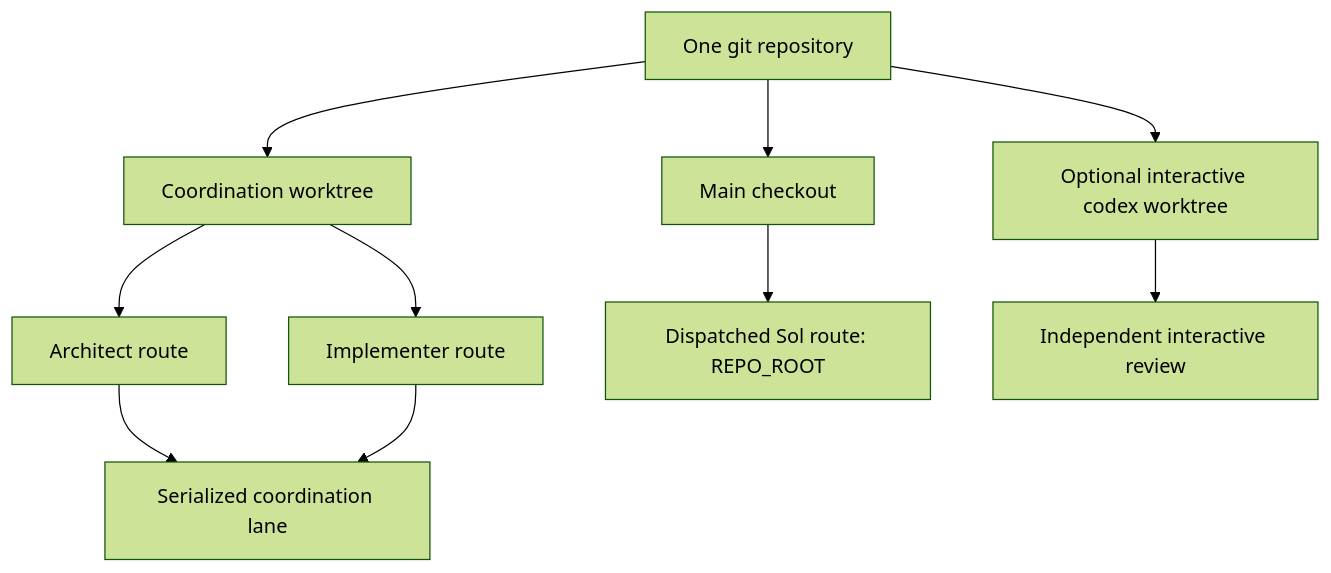
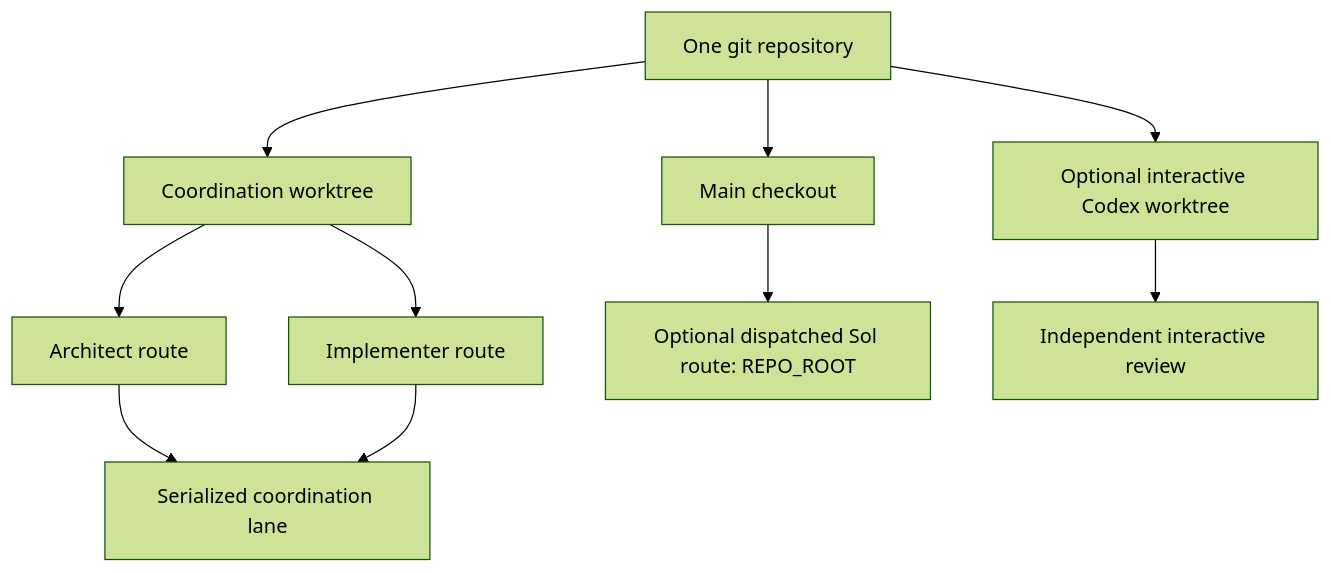
The eighth of 8 diagrams in ai/README.md (SBU-COSMOLIKE/emulators_code_v2), drawn with Mermaid (forest theme) before and after one commit. The commit also changed other lines of this file and 11 other files, not shown here.

````diff
--- a/ai/README.md
+++ b/ai/README.md
@@ -643,12 +699,12 @@
 ```mermaid
 flowchart TB
   G["One git repository"] --> M["Main checkout"]
   G --> C["Coordination worktree"]
-  G --> R["Optional interactive codex worktree"]
+  G --> R["Optional interactive Codex worktree"]
   C --> A["Architect route"]
   C --> I["Implementer route"]
-  M --> S["Dispatched Sol route: REPO_ROOT"]
+  M --> S["Optional dispatched Sol route: REPO_ROOT"]
   R --> X["Independent interactive review"]
   A --> L["Serialized coordination lane"]
   I --> L
 ```
````
